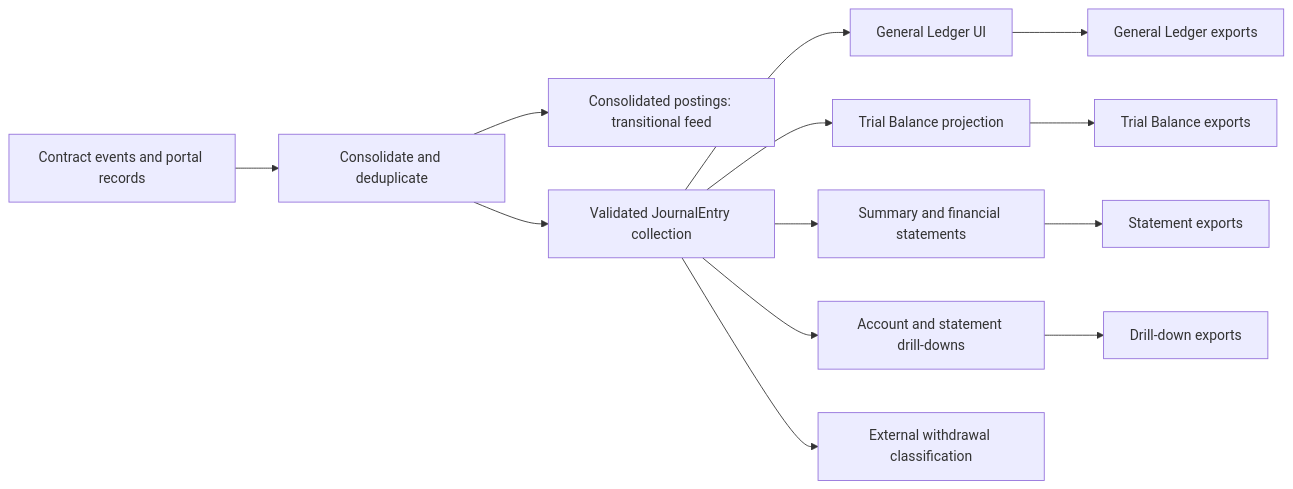
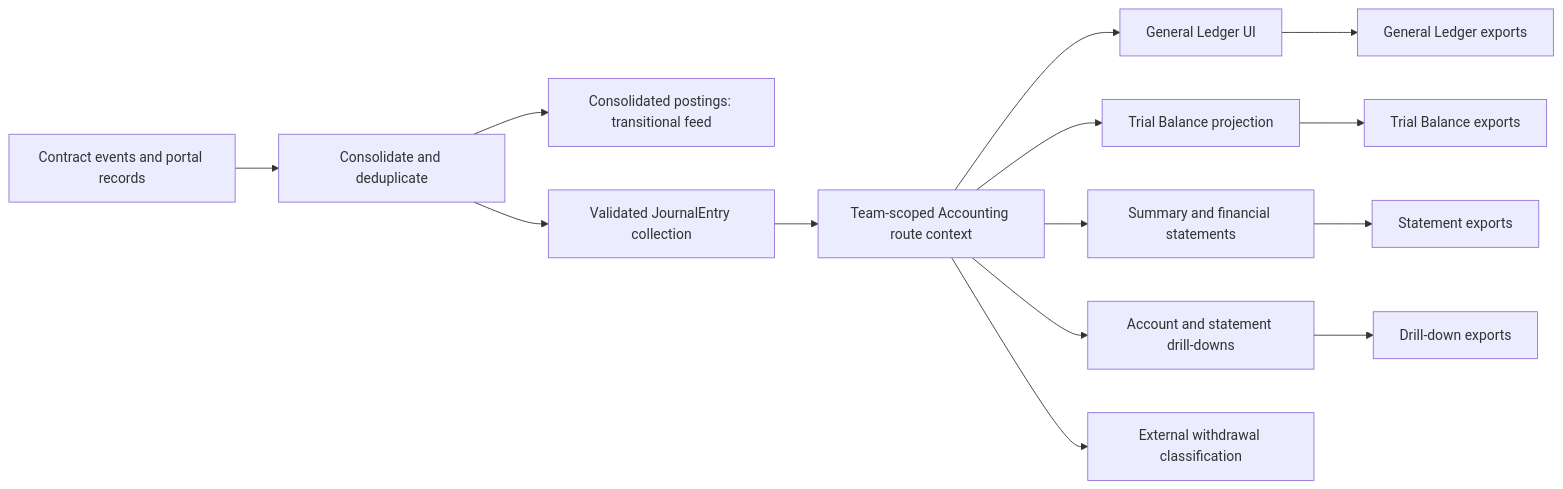
The diagram in docs/features/accounting/README.md (globe-and-citizen/cnc-portal), drawn with Mermaid before and after one commit. The commit also changed other lines of this file and 4 other files, not shown here.

Commit message:
docs: 📝 document shared accounting journal lifetime

````diff
--- a/docs/features/accounting/README.md
+++ b/docs/features/accounting/README.md
@@ -53,15 +55,16 @@
 ```mermaid
 flowchart LR
     Sources[Contract events and portal records] --> Consolidate[Consolidate and deduplicate]
     Consolidate --> Postings[Consolidated postings: transitional feed]
     Consolidate --> Journal[Validated JournalEntry collection]
-    Journal --> GeneralLedger[General Ledger UI]
-    Journal --> Trial[Trial Balance projection]
-    Journal --> Statements[Summary and financial statements]
-    Journal --> Drilldowns[Account and statement drill-downs]
-    Journal --> Classification[External withdrawal classification]
+    Journal --> Context[Team-scoped Accounting route context]
+    Context --> GeneralLedger[General Ledger UI]
+    Context --> Trial[Trial Balance projection]
+    Context --> Statements[Summary and financial statements]
+    Context --> Drilldowns[Account and statement drill-downs]
+    Context --> Classification[External withdrawal classification]
     GeneralLedger --> GeneralLedgerExports[General Ledger exports]
     Trial --> TrialExports[Trial Balance exports]
     Statements --> StatementExports[Statement exports]
     Drilldowns --> DrilldownExports[Drill-down exports]
 ```
````
